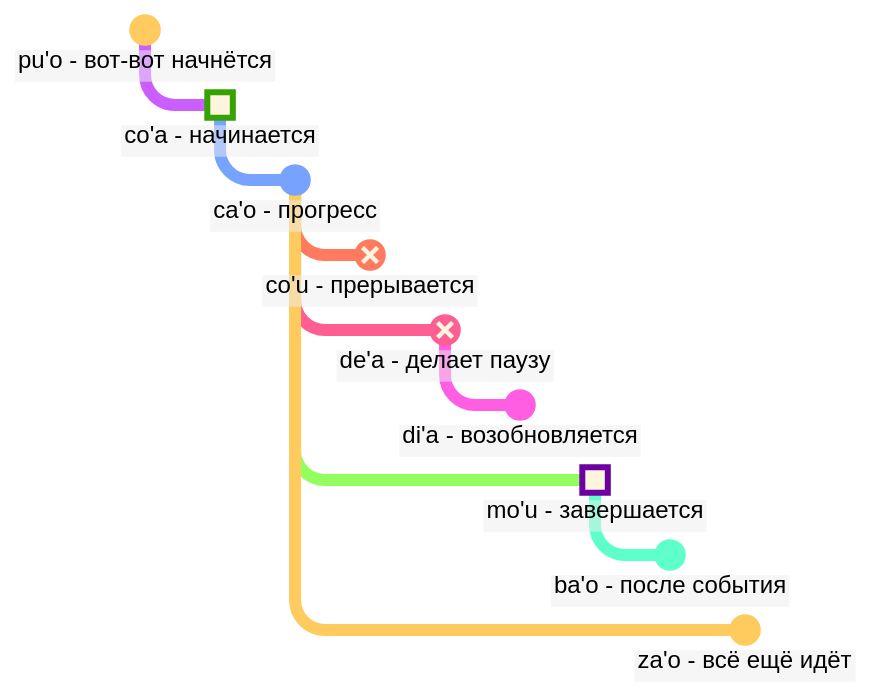
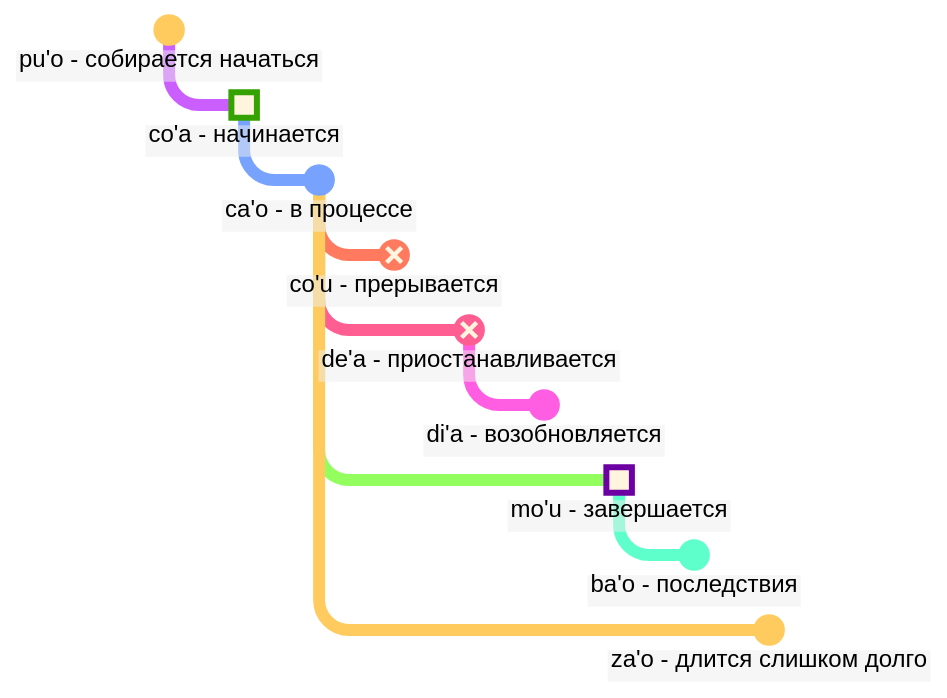
The diagram in data/pages/ru/books/learn-lojban/!6.md (La-Lojban/lojban.pw), drawn with Mermaid before and after one commit. The commit also changed other lines of this file and 29 other files, not shown here.

````diff
--- a/data/pages/ru/books/learn-lojban/!6.md
+++ b/data/pages/ru/books/learn-lojban/!6.md
@@ -359,57 +484,57 @@
 ```mermaid
 %%{
     init: { 
         'logLevel': 'debug',
         'theme': 'base',
         'themeVariables': {
                 'commitLabelColor': '#000',
                 'commitLabelBackground': '#eee',
                 'commitLabelFontSize': '16px',
                 'tagLabelFontSize': '14px'
         },
         'htmlLabels': true,
         'gitGraph': {
             'showCommitLabel':true,
             'mainBranchName': 'event',
             'rotateCommitLabel': false,
             'showBranches': false
         }
     }
 }%%
 
 gitGraph
     checkout event
-    commit id: "pu'o - вот-вот начнётся"
+    commit id: "pu'o - собирается начаться"
 
     checkout event
     branch start
     commit id: "co'a - начинается" type:HIGHLIGHT
 
     checkout start
     branch progress
-    commit id: "ca'o - прогресс"
+    commit id: "ca'o - в процессе"
 
     checkout progress
     branch stop
     commit id: "co'u - прерывается" type: REVERSE
 
     checkout progress
     branch "pause"
-    commit id: "de'a - делает паузу" type: REVERSE
+    commit id: "de'a - приостанавливается" type: REVERSE
 
     checkout "pause"
     branch resume
     commit id: "di'a - возобновляется"
 
     checkout progress
     branch completion
     commit id: "mo'u - завершается" type: HIGHLIGHT
 
     checkout completion
     branch aftermath
-    commit id: "ba'o - после события"
+    commit id: "ba'o - последствия"
 
     checkout progress
     branch overdue
-    commit id: "za'o - всё ещё идёт"
+    commit id: "za'o - длится слишком долго"
 ```
````
